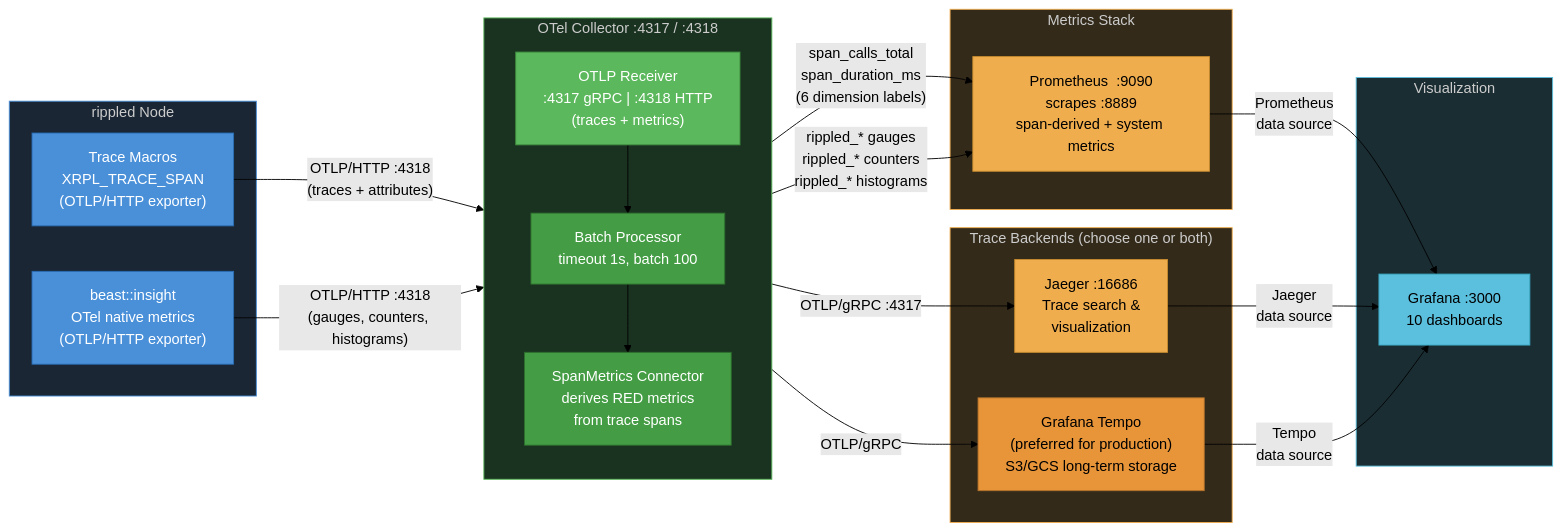
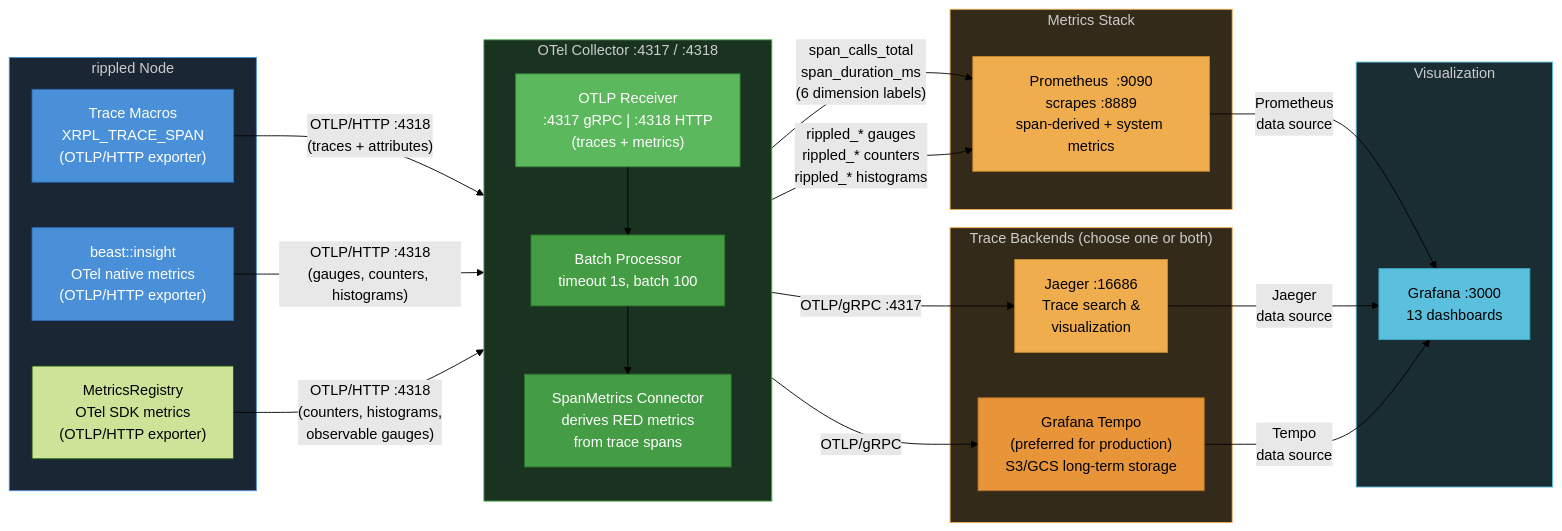
The diagram in OpenTelemetryPlan/09-data-collection-reference.md (mvanhorn/rippled), drawn with Mermaid (forest theme) before and after one commit. The commit also changed other lines of this file and 12 other files, not shown here.

````diff
--- a/OpenTelemetryPlan/09-data-collection-reference.md
+++ b/OpenTelemetryPlan/09-data-collection-reference.md
@@ -9,58 +9,60 @@
 ```mermaid
 graph LR
     subgraph rippledNode["rippled Node"]
         A["Trace Macros<br/>XRPL_TRACE_SPAN<br/>(OTLP/HTTP exporter)"]
         B["beast::insight<br/>OTel native metrics<br/>(OTLP/HTTP exporter)"]
+        C["MetricsRegistry<br/>OTel SDK metrics<br/>(OTLP/HTTP exporter)"]
     end
 
     subgraph collector["OTel Collector  :4317 / :4318"]
         direction TB
         R1["OTLP Receiver<br/>:4317 gRPC  |  :4318 HTTP<br/>(traces + metrics)"]
         BP["Batch Processor<br/>timeout 1s, batch 100"]
         SM["SpanMetrics Connector<br/>derives RED metrics<br/>from trace spans"]
 
         R1 --> BP
         BP --> SM
     end
 
     subgraph backends["Trace Backends  (choose one or both)"]
         D["Jaeger  :16686<br/>Trace search &<br/>visualization"]
         T["Grafana Tempo<br/>(preferred for production)<br/>S3/GCS long-term storage"]
     end
 
     subgraph metrics["Metrics Stack"]
         E["Prometheus  :9090<br/>scrapes :8889<br/>span-derived + system metrics"]
     end
 
     subgraph viz["Visualization"]
-        F["Grafana  :3000<br/>10 dashboards"]
+        F["Grafana  :3000<br/>13 dashboards"]
     end
 
     A -->|"OTLP/HTTP :4318<br/>(traces + attributes)"| R1
     B -->|"OTLP/HTTP :4318<br/>(gauges, counters, histograms)"| R1
+    C -->|"OTLP/HTTP :4318<br/>(counters, histograms,<br/>observable gauges)"| R1
 
     BP -->|"OTLP/gRPC :4317"| D
     BP -->|"OTLP/gRPC"| T
 
     SM -->|"span_calls_total<br/>span_duration_ms<br/>(6 dimension labels)"| E
     R1 -->|"rippled_* gauges<br/>rippled_* counters<br/>rippled_* histograms"| E
 
     E -->|"Prometheus<br/>data source"| F
     D -->|"Jaeger<br/>data source"| F
     T -->|"Tempo<br/>data source"| F
 
     style A fill:#4a90d9,color:#fff,stroke:#2a6db5
     style B fill:#4a90d9,color:#fff,stroke:#2a6db5
     style R1 fill:#5cb85c,color:#fff,stroke:#3d8b3d
     style BP fill:#449d44,color:#fff,stroke:#2d6e2d
     style SM fill:#449d44,color:#fff,stroke:#2d6e2d
     style D fill:#f0ad4e,color:#000,stroke:#c78c2e
     style T fill:#e8953a,color:#000,stroke:#b5732a
     style E fill:#f0ad4e,color:#000,stroke:#c78c2e
     style F fill:#5bc0de,color:#000,stroke:#3aa8c1
     style rippledNode fill:#1a2633,color:#ccc,stroke:#4a90d9
     style collector fill:#1a3320,color:#ccc,stroke:#5cb85c
     style backends fill:#332a1a,color:#ccc,stroke:#f0ad4e
     style metrics fill:#332a1a,color:#ccc,stroke:#f0ad4e
     style viz fill:#1a2d33,color:#ccc,stroke:#5bc0de
 ```
````
